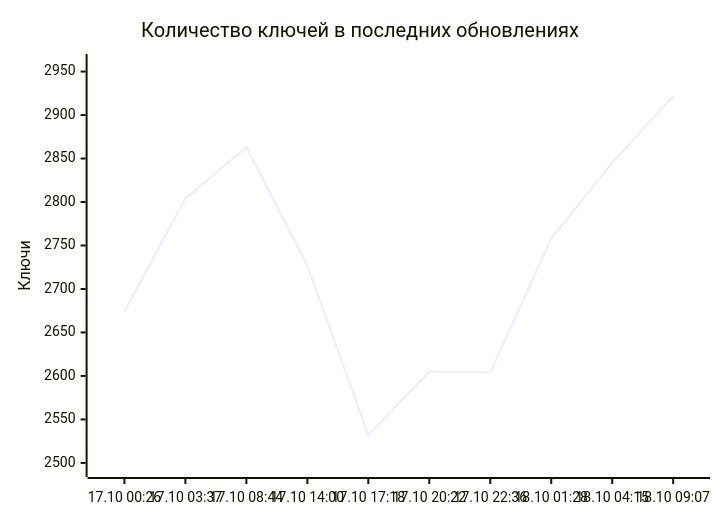
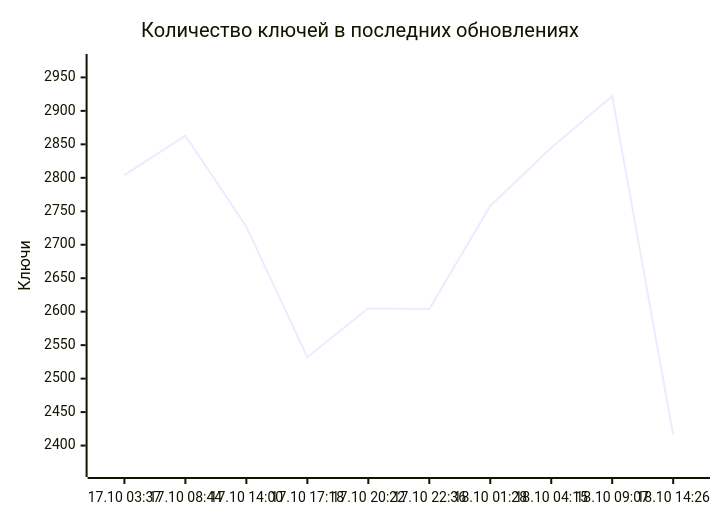
Before and after one commit to markKikhtenko/WireVeil: the diagram in README.md, drawn with Mermaid. The commit also changed other lines of this file and 12 other files, not shown here.

````diff
--- a/README.md
+++ b/README.md
@@ -55,7 +55,7 @@
 ```mermaid
 xychart-beta
     title "Количество ключей в последних обновлениях"
-    x-axis ["17.10 00:26", "17.10 03:37", "17.10 08:44", "17.10 14:00", "17.10 17:18", "17.10 20:22", "17.10 22:36", "18.10 01:28", "18.10 04:15", "18.10 09:07"]
-    y-axis "Ключи" 2493 --> 2961
-    line [2674, 2804, 2863, 2727, 2532, 2605, 2604, 2758, 2845, 2922]
+    x-axis ["17.10 03:37", "17.10 08:44", "17.10 14:00", "17.10 17:18", "17.10 20:22", "17.10 22:36", "18.10 01:28", "18.10 04:15", "18.10 09:07", "18.10 14:26"]
+    y-axis "Ключи" 2365 --> 2973
+    line [2804, 2863, 2727, 2532, 2605, 2604, 2758, 2845, 2922, 2416]
 ```
````
